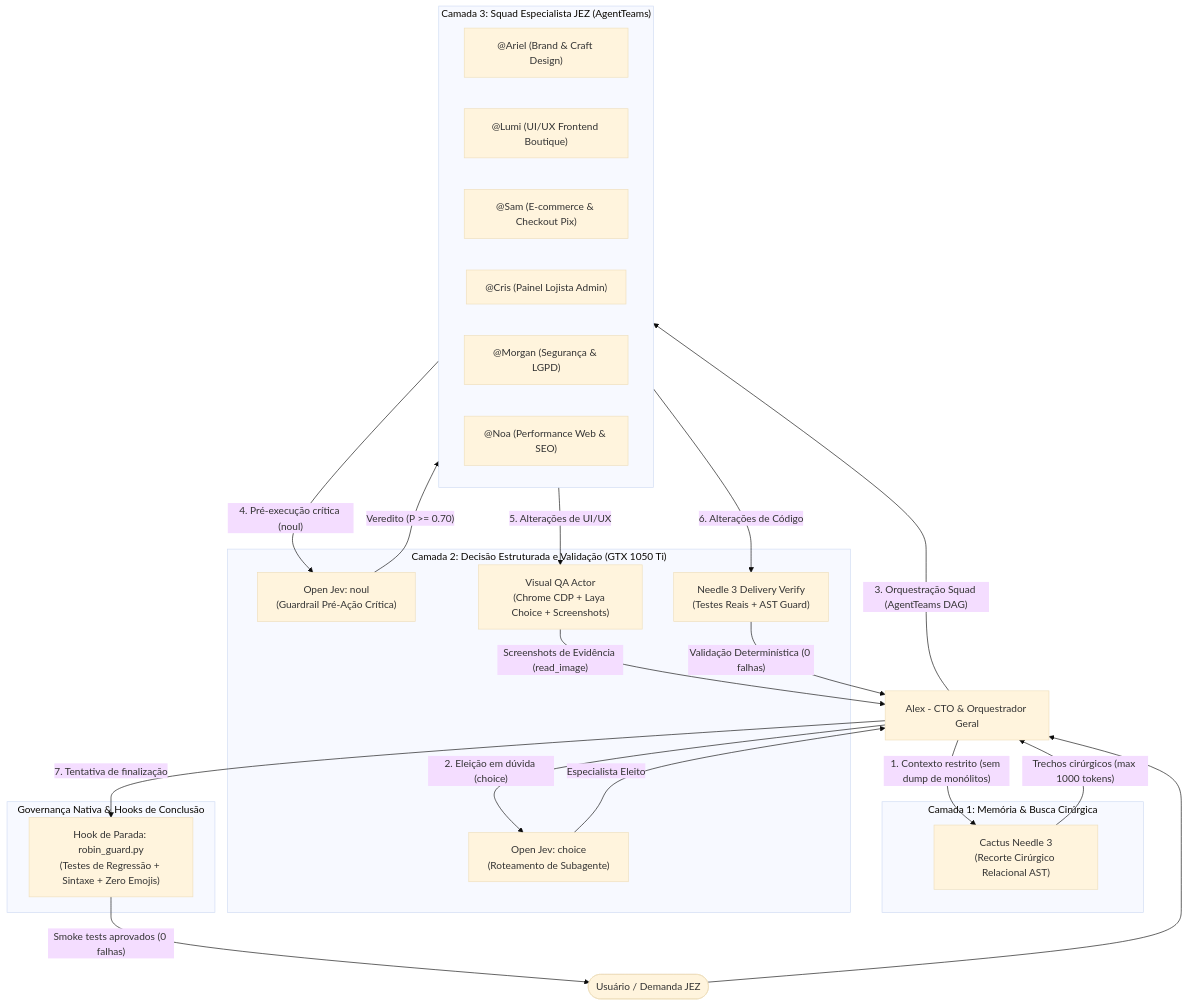
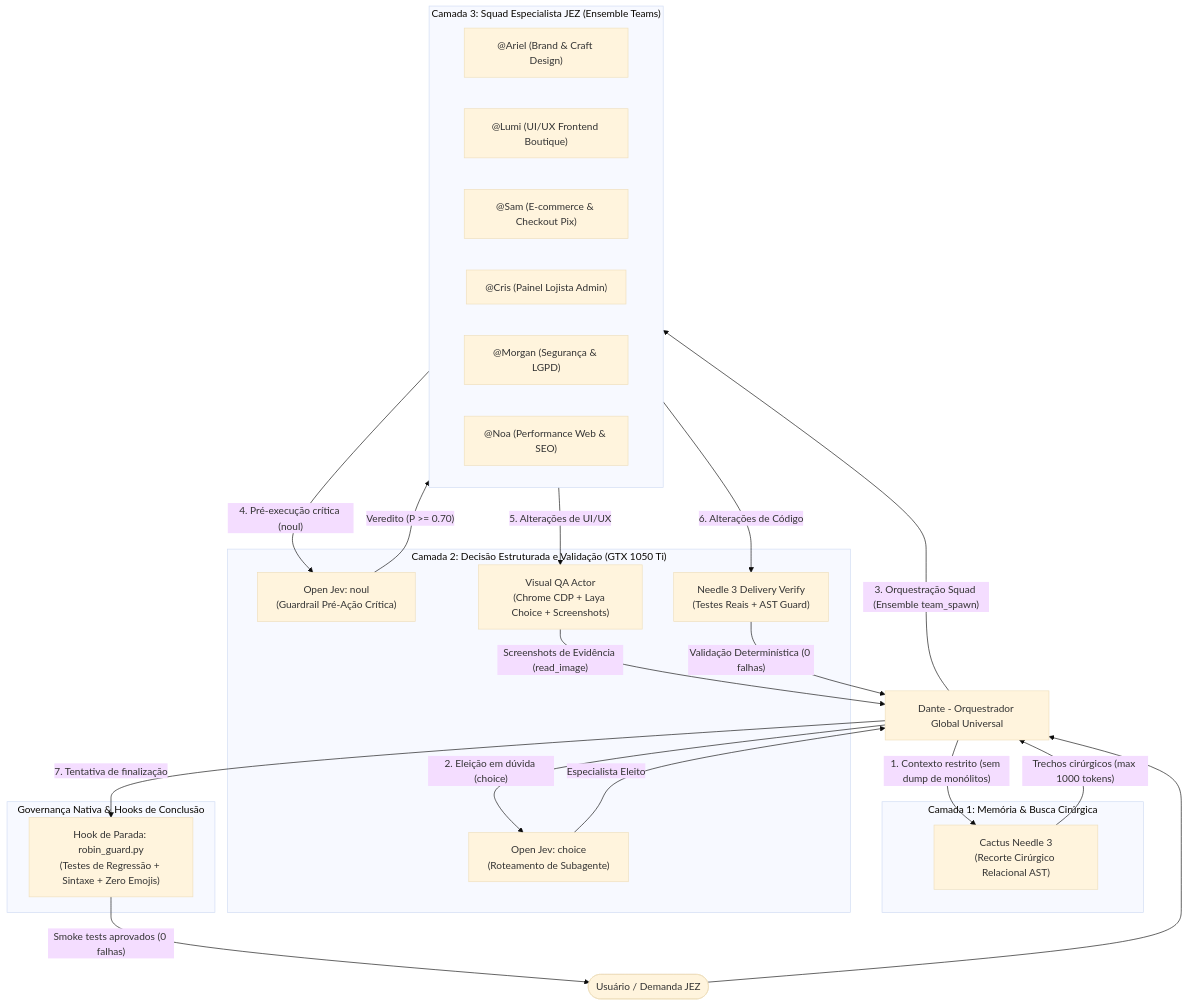
Before and after one commit to maiteuxzanela/jez: the diagram in AGENTS.md, drawn with Mermaid (base theme). The commit also changed other lines of this file and 3 other files, not shown here.

Commit message:
feat(runtime): Corrigir hardcoded agent em wakeQualityGateForSdetPass (A2) em /mnt/94CCB337CCB3130A/ensemble-room-lowcost/src/tools/team-tasks-complete.ts para usar qa.agent dinâmico, validar suíte determinística e compilar dist/index.js com paridade

````diff
--- a/AGENTS.md
+++ b/AGENTS.md
@@ -9,48 +9,48 @@
 ```mermaid
 flowchart TD
-    User([Usuário / Demanda JEZ]) --> Orchestrator[Alex - CTO & Orquestrador Geral]
+    User([Usuário / Demanda JEZ]) --> Orchestrator[Dante - Orquestrador Global Universal]
     
     subgraph Camada1["Camada 1: Memória & Busca Cirúrgica"]
         Needle3["Cactus Needle 3\n(Recorte Cirúrgico Relacional AST)"]
     end
     
     subgraph Camada2["Camada 2: Decisão Estruturada e Validação (GTX 1050 Ti)"]
         OpenJevChoice["Open Jev: choice\n(Roteamento de Subagente)"]
         OpenJevNoul["Open Jev: noul\n(Guardrail Pré-Ação Crítica)"]
         VisualQAActor["Visual QA Actor\n(Chrome CDP + Laya Choice + Screenshots)"]
         DeliveryVerify["Needle 3 Delivery Verify\n(Testes Reais + AST Guard)"]
     end
     
-    subgraph Camada3["Camada 3: Squad Especialista JEZ (AgentTeams)"]
+    subgraph Camada3["Camada 3: Squad Especialista JEZ (Ensemble Teams)"]
         Ariel["@Ariel (Brand & Craft Design)"]
         Lumi["@Lumi (UI/UX Frontend Boutique)"]
         Sam["@Sam (E-commerce & Checkout Pix)"]
         Cris["@Cris (Painel Lojista Admin)"]
         Morgan["@Morgan (Segurança & LGPD)"]
         Noa["@Noa (Performance Web & SEO)"]
     end
 
     subgraph Gates["Governança Nativa & Hooks de Conclusão"]
         HookStop["Hook de Parada: robin_guard.py\n(Testes de Regressão + Sintaxe + Zero Emojis)"]
     end
 
     Orchestrator -- "1. Contexto restrito (sem dump de monólitos)" --> Needle3
     Needle3 -- "Trechos cirúrgicos (max 1000 tokens)" --> Orchestrator
     
     Orchestrator -- "2. Eleição em dúvida (choice)" --> OpenJevChoice
     OpenJevChoice -- "Especialista Eleito" --> Orchestrator
     
-    Orchestrator -- "3. Orquestração Squad (AgentTeams DAG)" --> Camada3
+    Orchestrator -- "3. Orquestração Squad (Ensemble team_spawn)" --> Camada3
     
     Camada3 -- "4. Pré-execução crítica (noul)" --> OpenJevNoul
     OpenJevNoul -- "Veredito (P >= 0.70)" --> Camada3
     
     Camada3 -- "5. Alterações de UI/UX" --> VisualQAActor
     VisualQAActor -- "Screenshots de Evidência (read_image)" --> Orchestrator
 
     Camada3 -- "6. Alterações de Código" --> DeliveryVerify
     DeliveryVerify -- "Validação Determinística (0 falhas)" --> Orchestrator
 
     Orchestrator -- "7. Tentativa de finalização" --> HookStop
     HookStop -- "Smoke tests aprovados (0 falhas)" --> User
 ```
````
